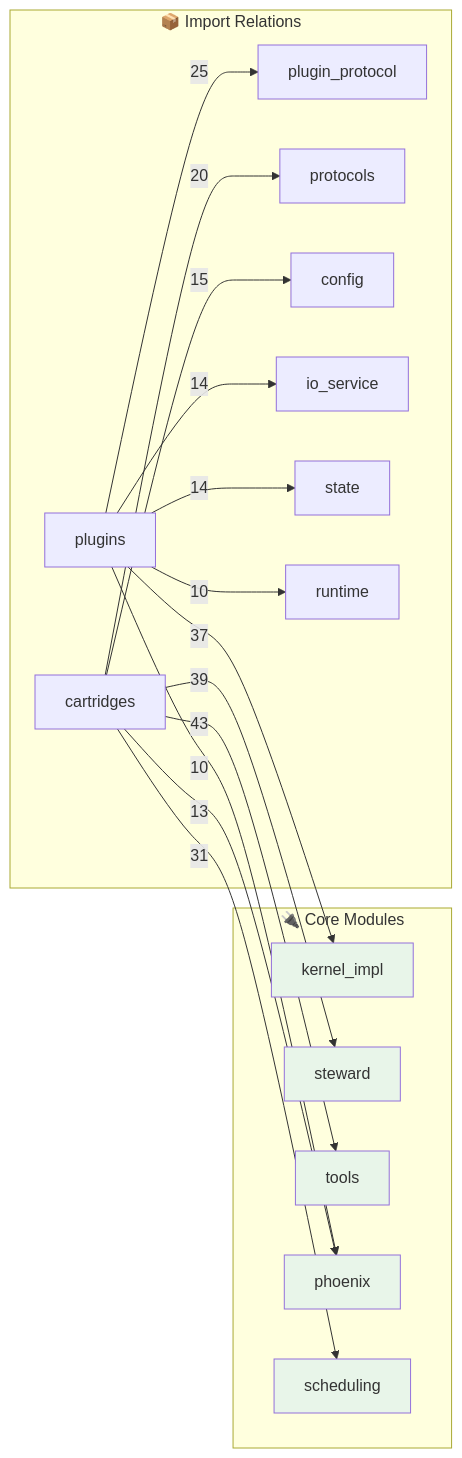
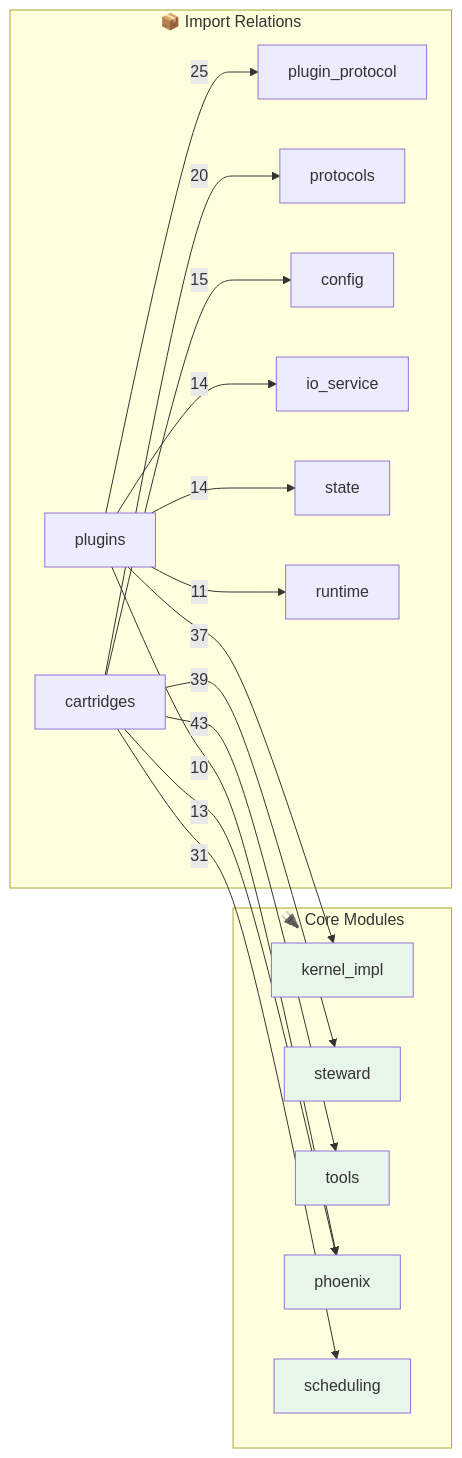
The second of 2 diagrams in OPUS.md (kimeisele/steward-protocol), drawn with Mermaid before and after one commit. The commit also changed other lines of this file and 13 other files, not shown here.

````diff
--- a/OPUS.md
+++ b/OPUS.md
@@ -508,31 +508,31 @@
 ```mermaid
 flowchart LR
     subgraph Core["🔌 Core Modules"]
         kernel_impl[kernel_impl]
         steward[steward]
         tools[tools]
         phoenix[phoenix]
         scheduling[scheduling]
     end
 
     subgraph Edges["📦 Import Relations"]
         cartridges -->|43| tools
         cartridges -->|39| steward
         plugins -->|37| kernel_impl
         cartridges -->|31| scheduling
         plugins -->|25| plugin_protocol
         cartridges -->|20| protocols
         cartridges -->|15| config
         plugins -->|14| io_service
         plugins -->|14| state
         cartridges -->|13| phoenix
-        plugins -->|10| runtime
+        plugins -->|11| runtime
         plugins -->|10| phoenix
     end
 
     style kernel_impl fill:#e8f5e9
     style steward fill:#e8f5e9
     style tools fill:#e8f5e9
     style phoenix fill:#e8f5e9
     style scheduling fill:#e8f5e9
 ```
````
